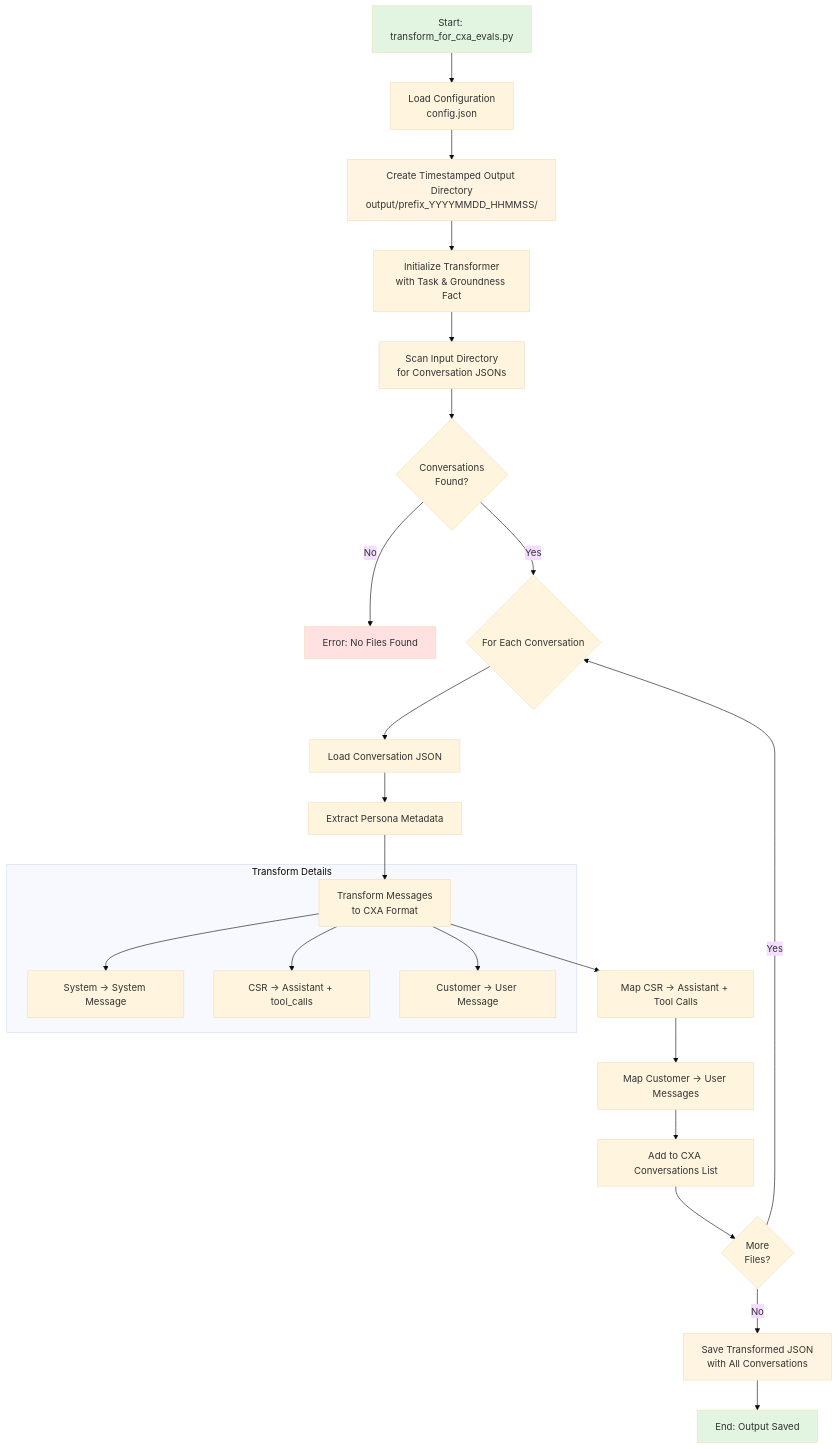
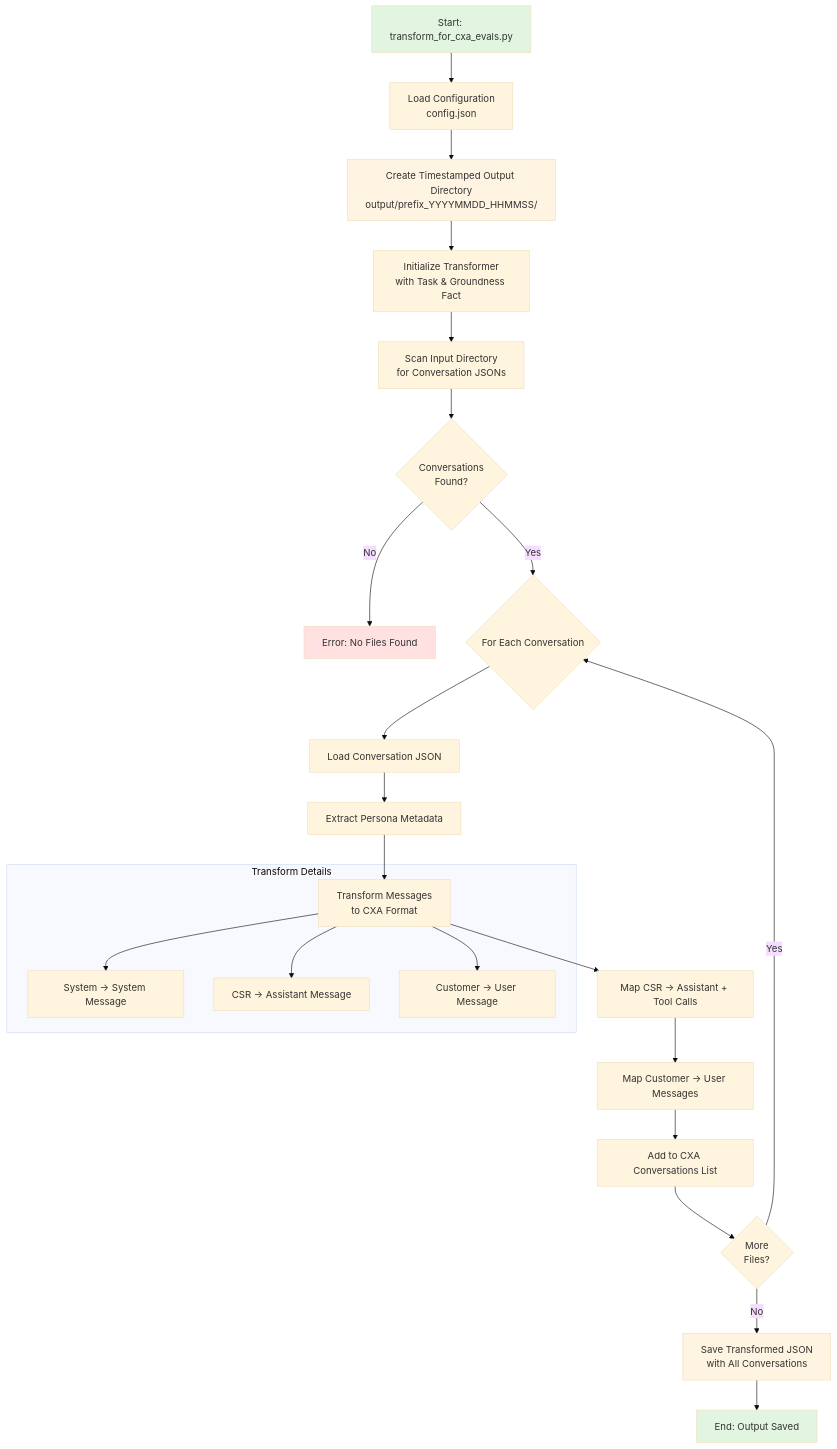
One commit to taponidhi-ms/simulation-agent-evals changed the diagram in cxa_evals_transformer/README.md. Above: the diagram before and after it, drawn with Mermaid (base theme). The commit also changed other lines of this file and 2 other files, not shown here.

First line of the commit message:
Remove tool_calls from CXA message format (#22)

````diff
--- a/cxa_evals_transformer/README.md
+++ b/cxa_evals_transformer/README.md
@@ -7,32 +7,32 @@
 ```mermaid
 flowchart TD
     A[Start: transform_for_cxa_evals.py] --> B[Load Configuration<br/>config.json]
     B --> C[Create Timestamped Output Directory<br/>output/prefix_YYYYMMDD_HHMMSS/]
     C --> D[Initialize Transformer<br/>with Task & Groundness Fact]
     D --> E[Scan Input Directory<br/>for Conversation JSONs]
     E --> F{Conversations<br/>Found?}
     F -->|No| G[Error: No Files Found]
     F -->|Yes| H{For Each Conversation}
     H --> I[Load Conversation JSON]
     I --> J[Extract Persona Metadata]
     J --> K[Transform Messages<br/>to CXA Format]
     K --> L[Map CSR → Assistant + Tool Calls]
     L --> M[Map Customer → User Messages]
     M --> N[Add to CXA Conversations List]
     N --> O{More<br/>Files?}
     O -->|Yes| H
     O -->|No| P[Save Transformed JSON<br/>with All Conversations]
     P --> Q[End: Output Saved]
     
     style A fill:#e1f5e1
     style G fill:#ffe1e1
     style Q fill:#e1f5e1
     style C fill:#fff4e1
     style P fill:#fff4e1
     
     subgraph Transform Details
         K --> K1[System → System Message]
-        K --> K2[CSR → Assistant + tool_calls]
+        K --> K2[CSR → Assistant Message]
         K --> K3[Customer → User Message]
     end
 ```
````
